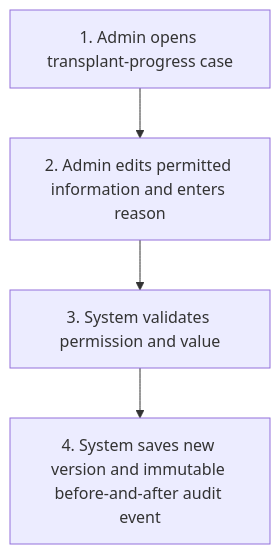
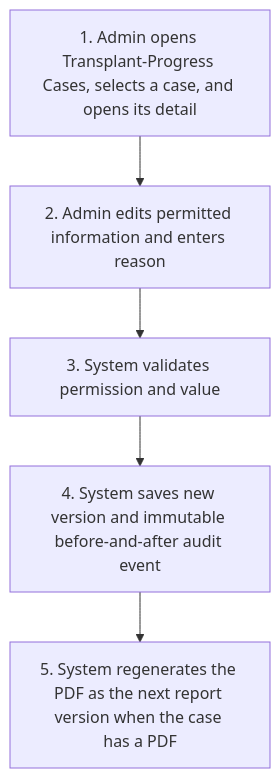
One commit to joachimtrungtuan/hairline-pm-docs changed the fourth of 6 diagrams in project-requirements/functional-requirements/fr038-monitor-transplant-progress/prd.md. Above: the diagram before and after it, drawn with Mermaid. The commit also changed other lines of this file and 5 other files, not shown here.

Commit message:
docs(fr038): apply logic review pass 1 fixes to PRD and graph

````diff
--- a/project-requirements/functional-requirements/fr038-monitor-transplant-progress/prd.md
+++ b/project-requirements/functional-requirements/fr038-monitor-transplant-progress/prd.md
@@ -139,6 +142,7 @@
 ```mermaid
 flowchart TD
-    A3S1["1. Admin opens transplant-progress case"] --> A3S2["2. Admin edits permitted information and enters reason"]
+    A3S1["1. Admin opens Transplant-Progress Cases, selects a case, and opens its detail"] --> A3S2["2. Admin edits permitted information and enters reason"]
     A3S2 --> A3S3["3. System validates permission and value"]
     A3S3 --> A3S4["4. System saves new version and immutable before-and-after audit event"]
+    A3S4 --> A3S5["5. System regenerates the PDF as the next report version when the case has a PDF"]
 ```
````
